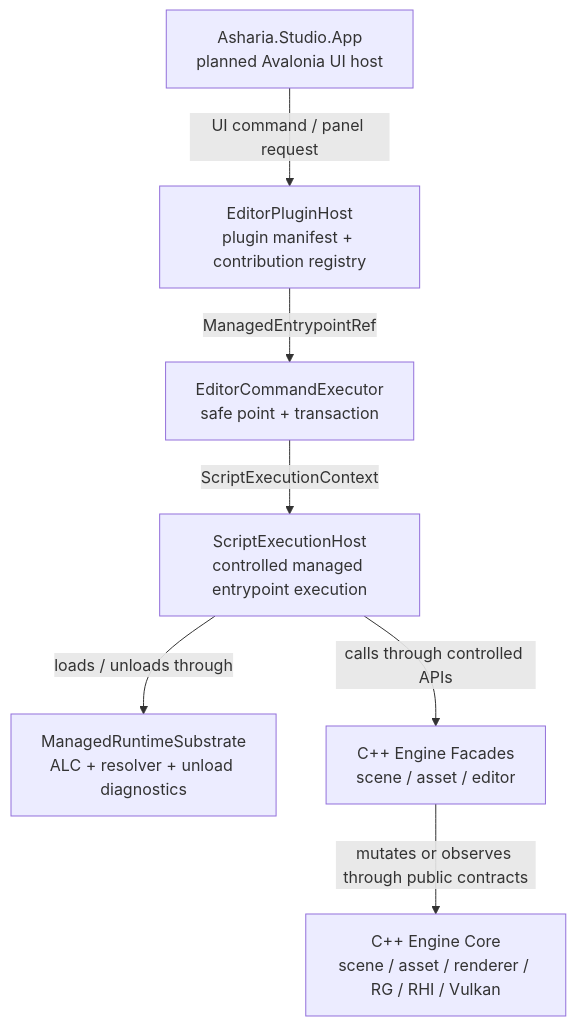
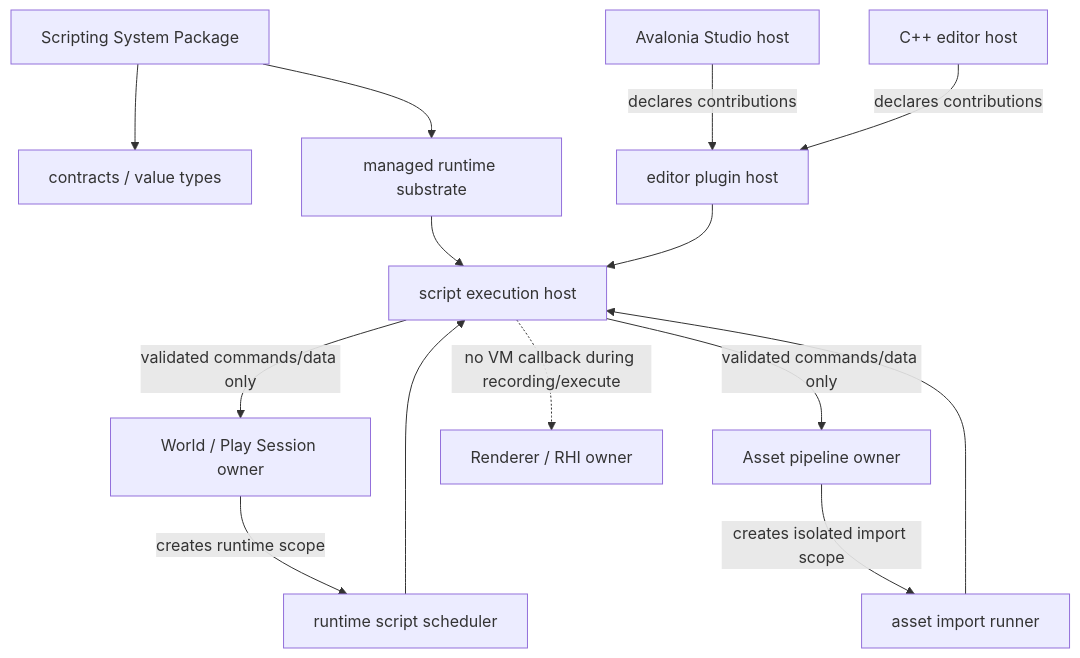
The diagram in docs/architecture/managed-extension-model.md (66six11/Engine), drawn with Mermaid before and after one commit. The commit also changed other lines of this file and 164 other files, not shown here.

````diff
--- a/docs/architecture/managed-extension-model.md
+++ b/docs/architecture/managed-extension-model.md
@@ -124,17 +46,31 @@
 ```mermaid
 flowchart TB
-    Studio["Asharia.Studio.App<br/>planned Avalonia UI host"]
-    PluginHost["EditorPluginHost<br/>plugin manifest + contribution registry"]
-    CommandExecutor["EditorCommandExecutor<br/>safe point + transaction"]
-    ExecHost["ScriptExecutionHost<br/>controlled managed entrypoint execution"]
-    RuntimeSubstrate["ManagedRuntimeSubstrate<br/>ALC + resolver + unload diagnostics"]
-    Facades["C++ Engine Facades<br/>scene / asset / editor"]
-    Engine["C++ Engine Core<br/>scene / asset / renderer / RG / RHI / Vulkan"]
+    Package["Scripting System Package"]
+    Contracts["contracts / value types"]
+    Runtime["managed runtime substrate"]
+    Execute["script execution host"]
+    EditorPlugin["editor plugin host"]
+    Gameplay["runtime script scheduler"]
+    Import["asset import runner"]
 
-    Studio -->|"UI command / panel request"| PluginHost
-    PluginHost -->|"ManagedEntrypointRef"| CommandExecutor
-    CommandExecutor -->|"ScriptExecutionContext"| ExecHost
-    ExecHost -->|"loads / unloads through"| RuntimeSubstrate
-    ExecHost -->|"calls through controlled APIs"| Facades
-    Facades -->|"mutates or observes through public contracts"| Engine
+    Studio["Avalonia Studio host"]
+    NativeEditor["C++ editor host"]
+    World["World / Play Session owner"]
+    Asset["Asset pipeline owner"]
+    Renderer["Renderer / RHI owner"]
+
+    Package --> Contracts
+    Package --> Runtime
+    Runtime --> Execute
+    EditorPlugin --> Execute
+    Gameplay --> Execute
+    Import --> Execute
+
+    Studio -->|"declares contributions"| EditorPlugin
+    NativeEditor -->|"declares contributions"| EditorPlugin
+    World -->|"creates runtime scope"| Gameplay
+    Asset -->|"creates isolated import scope"| Import
+    Execute -->|"validated commands/data only"| World
+    Execute -->|"validated commands/data only"| Asset
+    Execute -.->|"no VM callback during recording/execute"| Renderer
 ```
````
